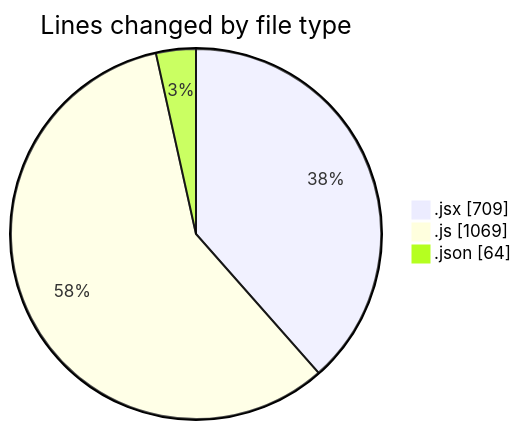
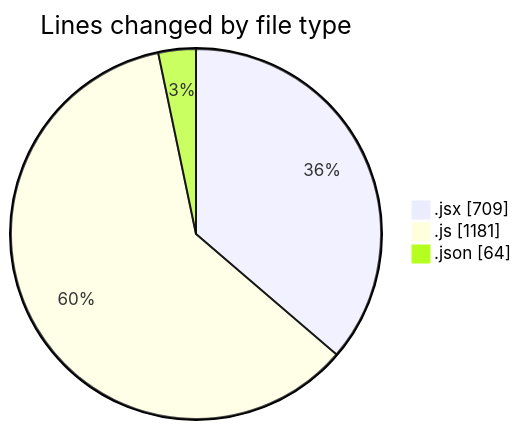
Before and after one commit to nxtqubesakshisongat/code-tracking: the first of 2 diagrams in 2025-11-05/nxtqube_webapp/README.md, drawn with Mermaid. The commit also changed other lines of this file and 1 other file, not shown here.

````diff
--- a/2025-11-05/nxtqube_webapp/README.md
+++ b/2025-11-05/nxtqube_webapp/README.md
@@ -28,7 +28,7 @@
 ```mermaid
 pie showData
 title Lines changed by file type
 ".jsx" : 709
-".js" : 1069
+".js" : 1181
 ".json" : 64
 ```
````
